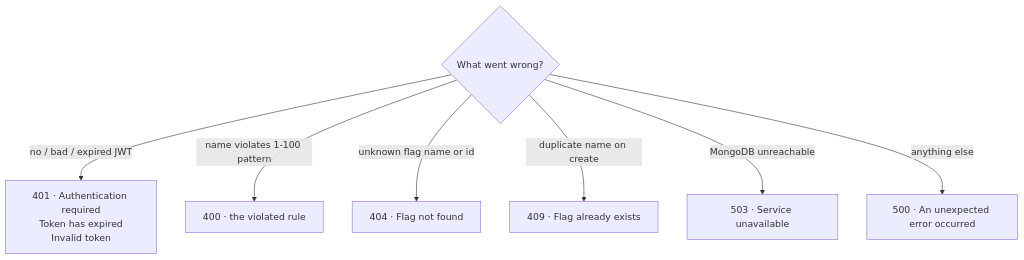
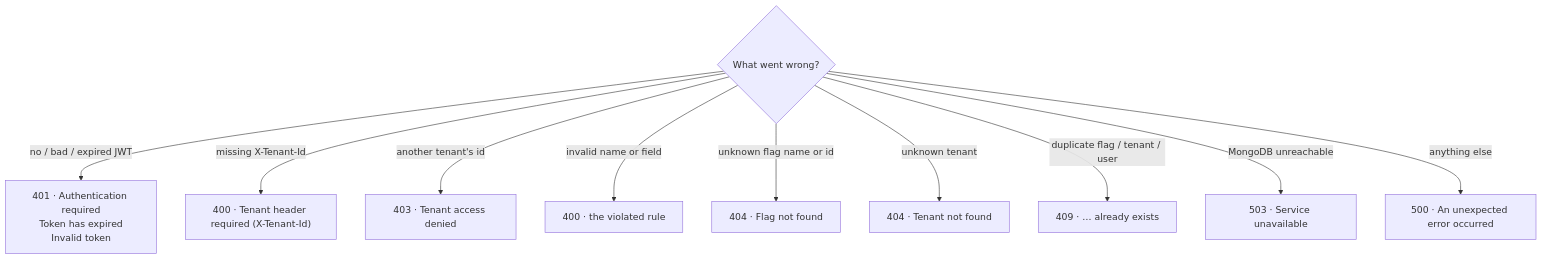
The fourth of 4 diagrams in README.md (nitinryali/FF-Service), drawn with Mermaid before and after one commit. The commit also changed other lines of this file and 32 other files, not shown here.

First line of the commit message:
Add tenant-scoped multi-tenant flag service

````diff
--- a/README.md
+++ b/README.md
@@ -428,10 +563,13 @@
 ```mermaid
 flowchart TD
     E{"What went wrong?"}
     E -->|"no / bad / expired JWT"| N401["401 · Authentication required<br/>Token has expired<br/>Invalid token"]
-    E -->|"name violates 1-100 pattern"| N400["400 · the violated rule"]
+    E -->|"missing X-Tenant-Id"| N400T["400 · Tenant header required (X-Tenant-Id)"]
+    E -->|"another tenant's id"| N403["403 · Tenant access denied"]
+    E -->|"invalid name or field"| N400["400 · the violated rule"]
     E -->|"unknown flag name or id"| N404["404 · Flag not found"]
-    E -->|"duplicate name on create"| N409["409 · Flag already exists"]
+    E -->|"unknown tenant"| N404T["404 · Tenant not found"]
+    E -->|"duplicate flag / tenant / user"| N409["409 · … already exists"]
     E -->|"MongoDB unreachable"| N503["503 · Service unavailable"]
     E -->|"anything else"| N500["500 · An unexpected error occurred"]
 ```
````
